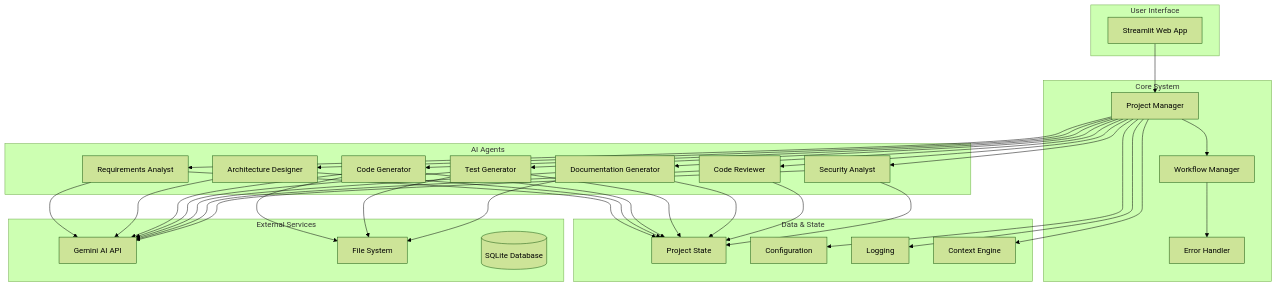
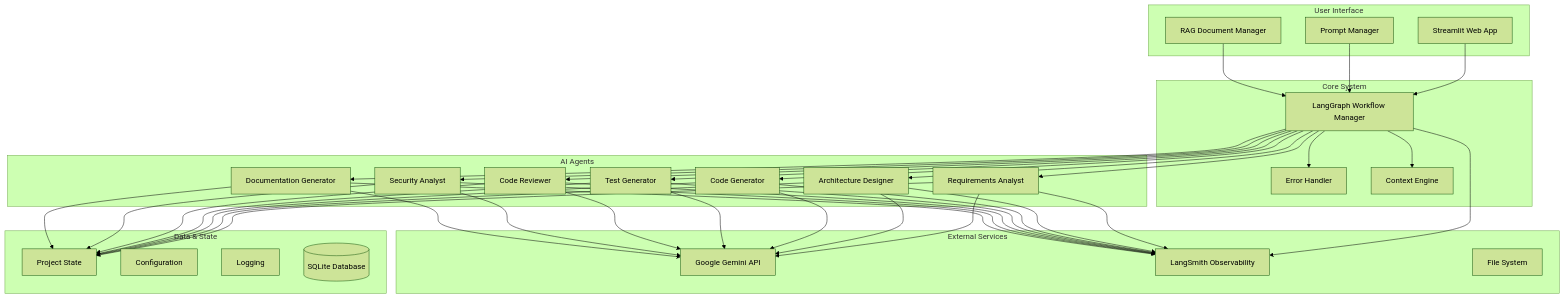
Before and after one commit to gitwalter/ai-dev-agent: the diagram in README.md, drawn with Mermaid (forest theme). The commit also changed other lines of this file and 24 other files, not shown here.

````diff
--- a/README.md
+++ b/README.md
@@ -145,24 +21,26 @@
     %% User Interface Layer
     subgraph "User Interface"
         UI[Streamlit Web App]
+        PM[Prompt Manager]
+        RAG[RAG Document Manager]
     end
     
     %% Core System Layer
     subgraph "Core System"
-        PM[Project Manager]
-        WF[Workflow Manager]
+        WF[LangGraph Workflow Manager]
         EH[Error Handler]
+        CT[Context Engine]
     end
     
-    %% Agent Layer
+    %% Specialized Agents
     subgraph "AI Agents"
         RA[Requirements Analyst]
         AD[Architecture Designer]
         CG[Code Generator]
         TG[Test Generator]
-        DG[Documentation Generator]
         CR[Code Reviewer]
         SA[Security Analyst]
+        DG[Documentation Generator]
     end
     
     %% Data Layer
@@ -170,55 +48,57 @@
         PS[Project State]
         CF[Configuration]
         LG[Logging]
-        CT[Context Engine]
+        DB[(SQLite Database)]
     end
     
     %% External Services
     subgraph "External Services"
-        AI[Gemini AI API]
+        AI[Google Gemini API]
+        LS[LangSmith Observability]
         FS[File System]
-        DB[(SQLite Database)]
     end
     
     %% Connections
-    UI --> PM
+    UI --> WF
     PM --> WF
+    RAG --> WF
     WF --> EH
+    WF --> CT
     
     %% Agent Workflow
-    PM --> RA
-    PM --> AD
-    PM --> CG
-    PM --> TG
-    PM --> DG
-    PM --> CR
-    PM --> SA
+    WF --> RA
+    WF --> AD
+    WF --> CG
+    WF --> TG
+    WF --> CR
+    WF --> SA
+    WF --> DG
     
     %% Data Flow
     RA --> PS
     AD --> PS
     CG --> PS
     TG --> PS
-    DG --> PS
     CR --> PS
     SA --> PS
+    DG --> PS
     
     %% External Integrations
     RA --> AI
     AD --> AI
     CG --> AI
     TG --> AI
-    DG --> AI
     CR --> AI
     SA --> AI
+    DG --> AI
     
-    %% File Operations
-    CG --> FS
-    TG --> FS
-    DG --> FS
-    
-    %% Configuration & Logging
-    PM --> CF
-    PM --> LG
-    PM --> CT
+    %% Observability
+    WF --> LS
+    RA --> LS
+    AD --> LS
+    CG --> LS
+    TG --> LS
+    CR --> LS
+    SA --> LS
+    DG --> LS
 ```
````
